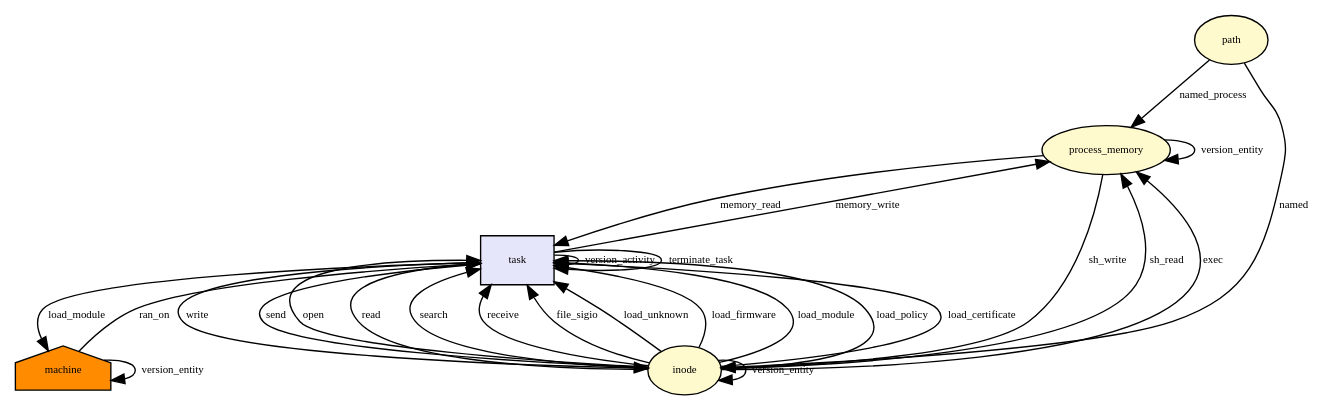
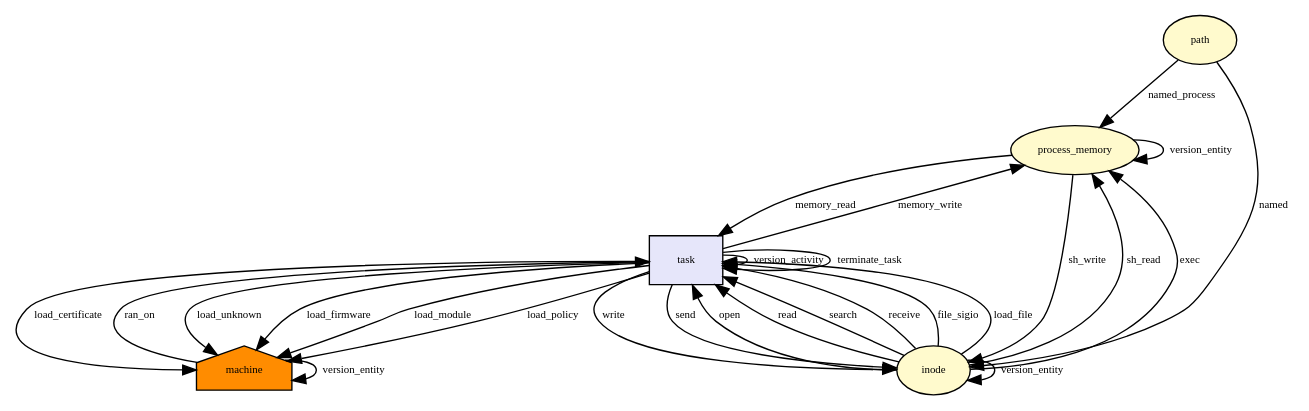
The diagram in docs/dot/__x64_sys_kexec_file_load.dot (CamFlow/camflow-dev), drawn with Graphviz before and after one commit. The commit also changed 7 other files, not shown here.

```diff
--- a/docs/dot/__x64_sys_kexec_file_load.dot
+++ b/docs/dot/__x64_sys_kexec_file_load.dot
@@ -1,63 +1,63 @@
 digraph RGL__DirectedAdjacencyGraph {path[fontsize = 8,label = path,shape = ellipse, fillcolor="#fffacd", style = filled]
 
 process_memory[fontsize = 8,label = process_memory,shape = ellipse, fillcolor="#fffacd", style = filled]
 
 path -> process_memory[fontsize = 8,label = named_process]
 
 machine[fontsize = 8,label = machine,shape = house, fillcolor="#ff8c00", style = filled]
 
 task[fontsize = 8,label = task,shape = rectangle, fillcolor="#e6e6fa", style = filled]
 
 machine -> task[fontsize = 8,label = ran_on]
 
 inode[fontsize = 8,label = inode,shape = ellipse, fillcolor="#fffacd", style = filled]
 
 path -> inode[fontsize = 8,label = named]
 
 inode -> task[fontsize = 8,label = open]
 
 task -> process_memory[fontsize = 8,label = memory_write]
 
 task -> task[fontsize = 8,label = version_activity]
 
 process_memory -> process_memory[fontsize = 8,label = version_entity]
 
 process_memory -> inode[fontsize = 8,label = sh_write]
 
 inode -> inode[fontsize = 8,label = version_entity]
 
 process_memory -> task[fontsize = 8,label = memory_read]
 
 task -> inode[fontsize = 8,label = write]
 
 inode -> process_memory[fontsize = 8,label = sh_read]
 
 inode -> task[fontsize = 8,label = read]
 
 inode -> task[fontsize = 8,label = search]
 
 task -> inode[fontsize = 8,label = send]
 
 inode -> task[fontsize = 8,label = receive]
 
 inode -> process_memory[fontsize = 8,label = exec]
 
 inode -> task[fontsize = 8,label = file_sigio]
 
-inode -> task[fontsize = 8,label = load_unknown]
+inode -> task[fontsize = 8,label = load_file]
+
+task -> machine[fontsize = 8,label = load_unknown]
+
+machine -> machine[fontsize = 8,label = version_entity]
+
+task -> machine[fontsize = 8,label = load_firmware]
 
 task -> machine[fontsize = 8,label = load_module]
 
-machine -> machine[fontsize = 8,label = version_entity]
+task -> machine[fontsize = 8,label = load_policy]
 
-inode -> task[fontsize = 8,label = load_firmware]
-
-inode -> task[fontsize = 8,label = load_module]
-
-inode -> task[fontsize = 8,label = load_policy]
-
-inode -> task[fontsize = 8,label = load_certificate]
+task -> machine[fontsize = 8,label = load_certificate]
 
 task -> task[fontsize = 8,label = terminate_task]
 
 }
```
